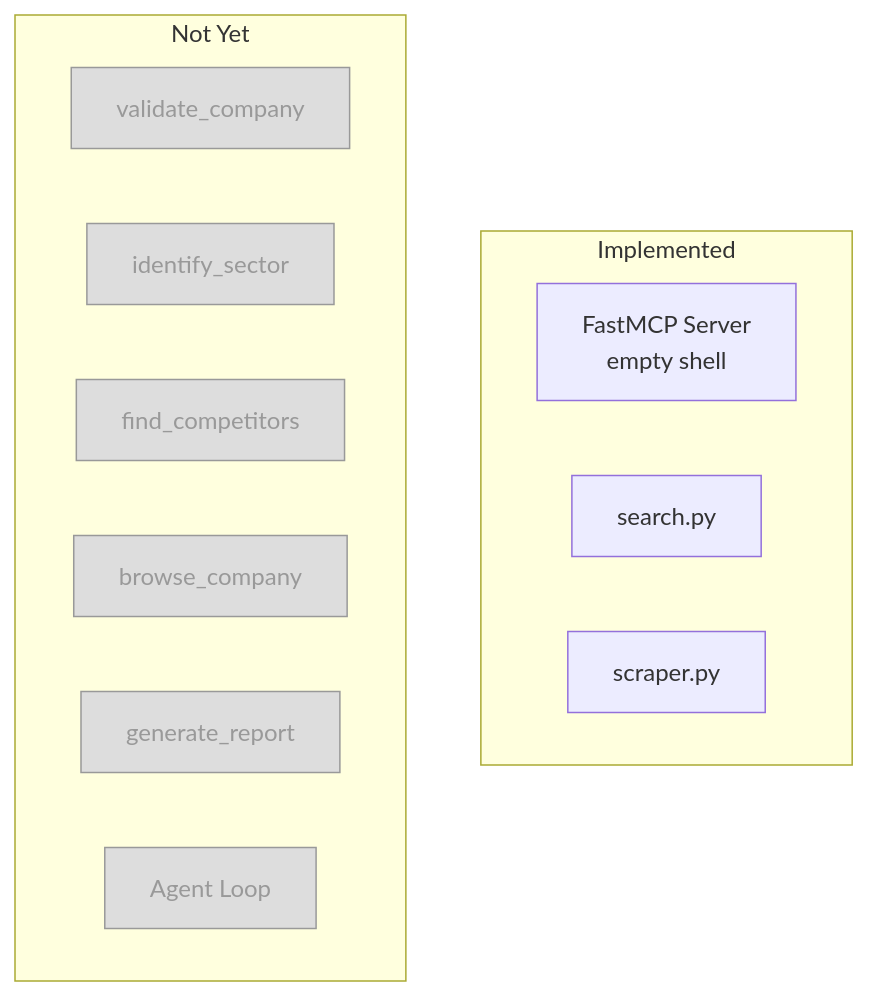
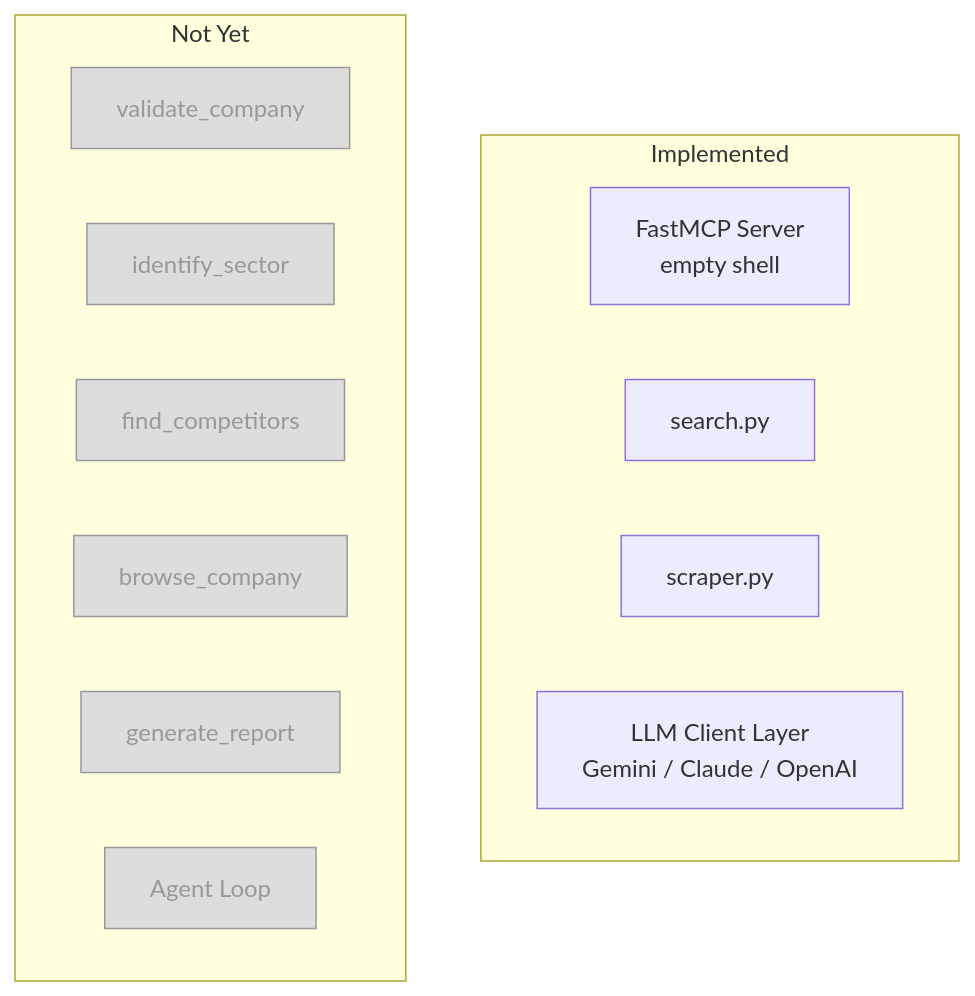
Before and after one commit to mondweep/vibe-cast: the second of 7 diagrams in input/implementation-plan.md, drawn with Mermaid. The commit also changed other lines of this file and 1 other file, not shown here.

First line of the commit message:
Add multi-provider LLM support (Gemini/Claude/OpenAI)

````diff
--- a/input/implementation-plan.md
+++ b/input/implementation-plan.md
@@ -70,24 +79,25 @@
 ```mermaid
 graph TB
     subgraph Implemented
         MCP[FastMCP Server<br/>empty shell]
         S[search.py]
         W[scraper.py]
+        LLM[LLM Client Layer<br/>Gemini / Claude / OpenAI]
     end
 
     subgraph Not Yet
         T1[validate_company]
         T2[identify_sector]
         T3[find_competitors]
         T4[browse_company]
         T5[generate_report]
         AG[Agent Loop]
     end
 
     style T1 fill:#ddd,stroke:#999,color:#999
     style T2 fill:#ddd,stroke:#999,color:#999
     style T3 fill:#ddd,stroke:#999,color:#999
     style T4 fill:#ddd,stroke:#999,color:#999
     style T5 fill:#ddd,stroke:#999,color:#999
     style AG fill:#ddd,stroke:#999,color:#999
 ```
````
